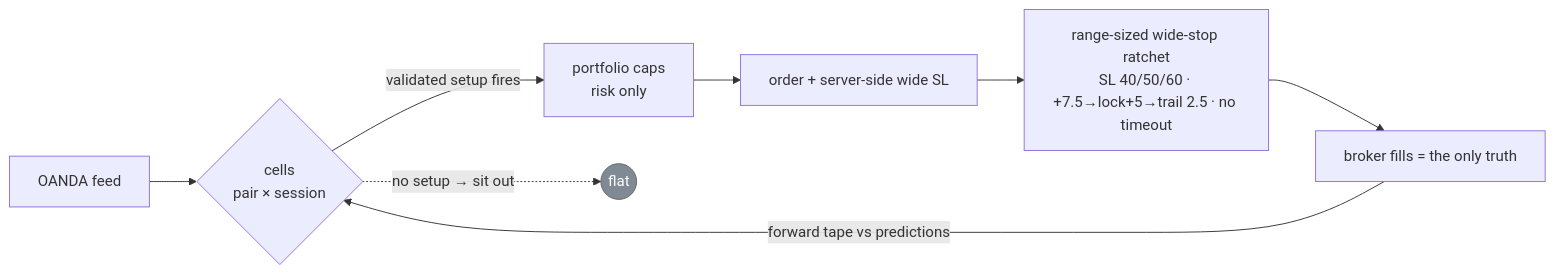
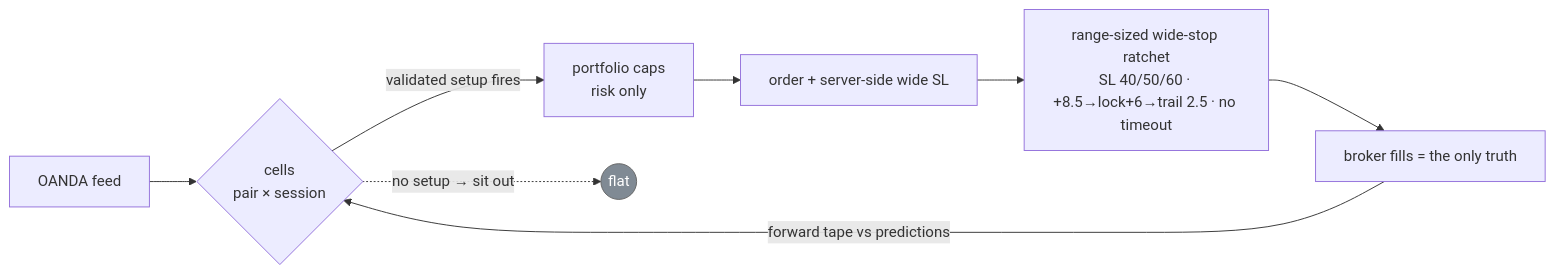
The diagram in README.md (BrockStar3540/mr-scrooge-v6), drawn with Mermaid before and after one commit. The commit also changed other lines of this file and 11 other files, not shown here.

````diff
--- a/README.md
+++ b/README.md
@@ -50,11 +50,11 @@
 ```mermaid
 flowchart LR
     A[OANDA feed] --> B{cells<br/>pair × session}
     B -- "validated setup fires" --> C[portfolio caps<br/>risk only]
     B -. "no setup → sit out" .-> Z((flat))
     C --> D[order + server-side wide SL]
-    D --> E[range-sized wide-stop ratchet<br/>SL 40/50/60 · +7.5→lock+5→trail 2.5 · no timeout]
+    D --> E[range-sized wide-stop ratchet<br/>SL 40/50/60 · +8.5→lock+6→trail 2.5 · no timeout]
     E --> F[broker fills = the only truth]
     F -- "forward tape vs predictions" --> B
     style Z fill:#808a94,stroke:#666,color:#fff
 ```
````
